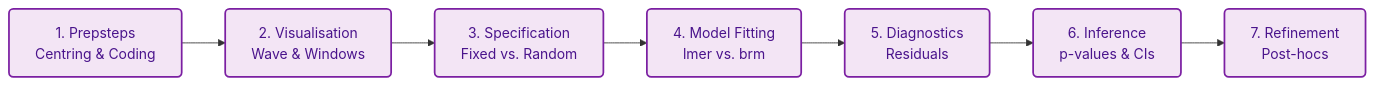
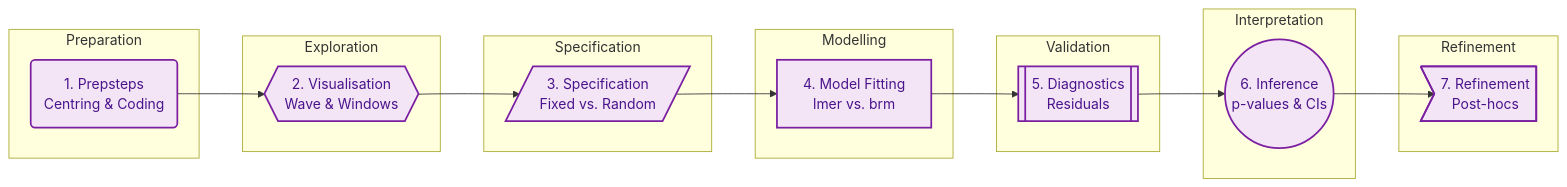
One commit to GM024/CourseSummaries changed the diagram in Mixed_Effects_Models/Complete Literature Over.md. Above: the diagram before and after it, drawn with Mermaid. The commit also changed other lines of this file, not shown here.

Commit message:
Calibrate Mermaid roadmap and add actual graph imagery for MEM

````diff
--- a/Mixed_Effects_Models/Complete Literature Over.md
+++ b/Mixed_Effects_Models/Complete Literature Over.md
@@ -11,15 +11,40 @@
 ```mermaid
 graph LR
-    S1["1. Prepsteps<br/>Centring & Coding"]
-    S2["2. Visualisation<br/>Wave & Windows"]
-    S3["3. Specification<br/>Fixed vs. Random"]
-    S4["4. Model Fitting<br/>lmer vs. brm"]
-    S5["5. Diagnostics<br/>Residuals"]
-    S6["6. Inference<br/>p-values & CIs"]
-    S7["7. Refinement<br/>Post-hocs"]
+    subgraph Preparation
+    S1(1. Prepsteps<br/>Centring & Coding)
+    end
+    
+    subgraph Exploration
+    S2{{2. Visualisation<br/>Wave & Windows}}
+    end
+    
+    subgraph Specification
+    S3[/3. Specification<br/>Fixed vs. Random/]
+    end
+    
+    subgraph Modelling
+    S4[4. Model Fitting<br/>lmer vs. brm]
+    end
+    
+    subgraph Validation
+    S5[[5. Diagnostics<br/>Residuals]]
+    end
+    
+    subgraph Interpretation
+    S6((6. Inference<br/>p-values & CIs))
+    end
+    
+    subgraph Refinement
+    S7>7. Refinement<br/>Post-hocs]
+    end
 
     S1 --> S2 --> S3 --> S4 --> S5 --> S6 --> S7
 
-    classDef purple fill:#f3e5f5,stroke:#7b1fa2,stroke-width:2px,rx:5,ry:5,color:#4a148c;
-    class S1,S2,S3,S4,S5,S6,S7 purple
+    style S1 fill:#f3e5f5,stroke:#7b1fa2,stroke-width:2px,color:#4a148c
+    style S2 fill:#f3e5f5,stroke:#7b1fa2,stroke-width:2px,color:#4a148c
+    style S3 fill:#f3e5f5,stroke:#7b1fa2,stroke-width:2px,color:#4a148c
+    style S4 fill:#f3e5f5,stroke:#7b1fa2,stroke-width:2px,color:#4a148c
+    style S5 fill:#f3e5f5,stroke:#7b1fa2,stroke-width:2px,color:#4a148c
+    style S6 fill:#f3e5f5,stroke:#7b1fa2,stroke-width:2px,color:#4a148c
+    style S7 fill:#f3e5f5,stroke:#7b1fa2,stroke-width:2px,color:#4a148c
 ```
````
